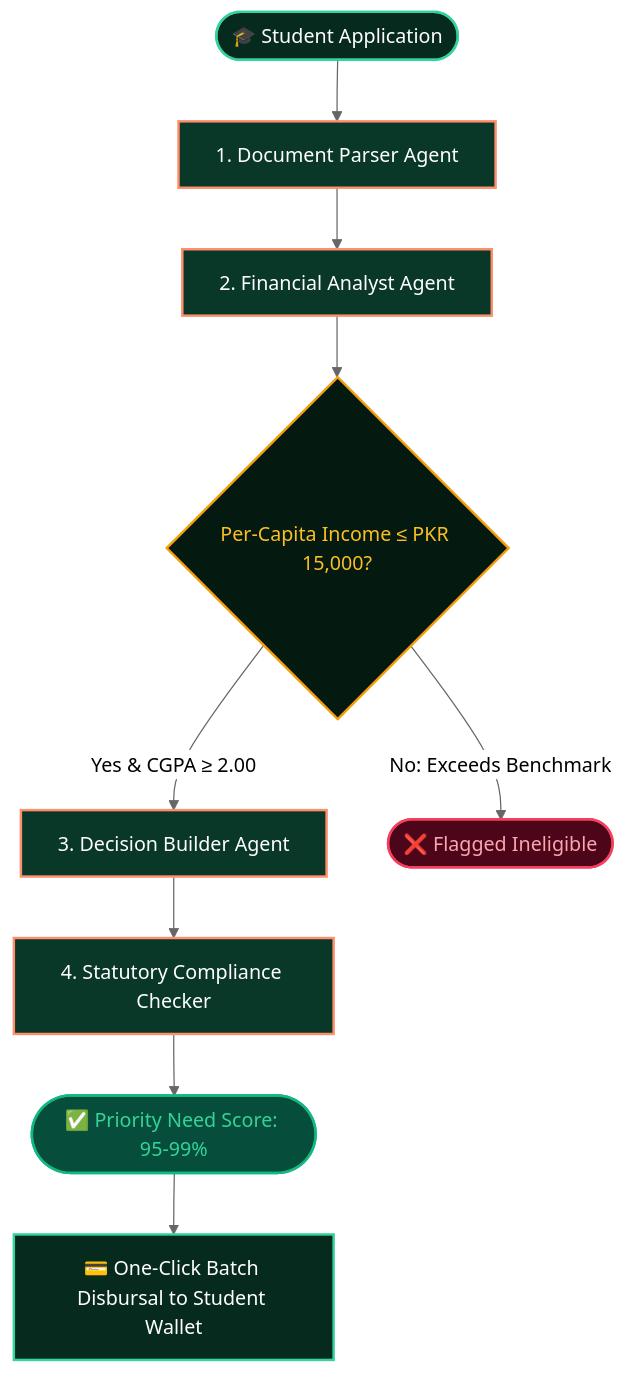
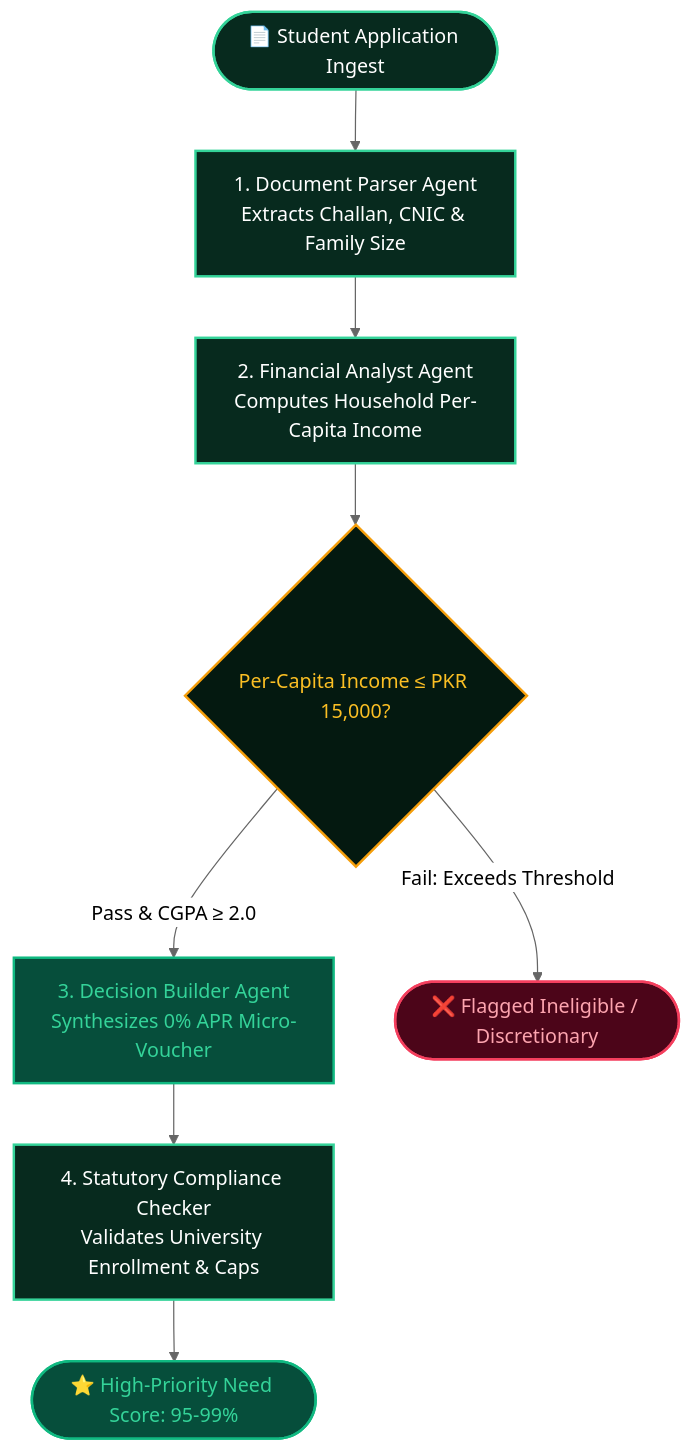
Before and after one commit to Faiq-Hassan/PennyRelief: the third of 3 diagrams in README.md, drawn with Mermaid (neutral theme). The commit also changed other lines of this file and 2 other files, not shown here.

Commit message:
docs: master GOAT-level README with mobile lifecycle graph, credentials table & clean landing page

````diff
--- a/README.md
+++ b/README.md
@@ -56,17 +213,17 @@
 ```mermaid
 flowchart TD
-    classDef startEnd fill:#072a1e,stroke:#34d399,stroke-width:2px,color:#fff;
-    classDef agent fill:#0a3828,stroke:#ff8f6b,stroke-width:2px,color:#fff;
+    classDef agent fill:#072a1e,stroke:#34d399,stroke-width:2px,color:#fff;
     classDef check fill:#041910,stroke:#f59e0b,stroke-width:2px,color:#fbbf24;
-    classDef approved fill:#064e3b,stroke:#10b981,stroke-width:2px,color:#34d399;
-    classDef declined fill:#4c0519,stroke:#f43f5e,stroke-width:2px,color:#fda4af;
+    classDef pass fill:#064e3b,stroke:#10b981,stroke-width:2px,color:#34d399;
+    classDef flag fill:#4c0519,stroke:#f43f5e,stroke-width:2px,color:#fda4af;
 
-    A([🎓 Student Application]):::startEnd --> B[1. Document Parser Agent]:::agent
-    B --> C[2. Financial Analyst Agent]:::agent
-    C --> D{Per-Capita Income ≤ PKR 15,000?}:::check
-    D -->|Yes & CGPA ≥ 2.00| E[3. Decision Builder Agent]:::agent
-    D -->|No: Exceeds Benchmark| F([❌ Flagged Ineligible]):::declined
-    E --> G[4. Statutory Compliance Checker]:::agent
-    G --> H([✅ Priority Need Score: 95-99%]):::approved
-    H --> I[💳 One-Click Batch Disbursal to Student Wallet]:::startEnd
+    In([📄 Student Application Ingest]):::agent --> A1[1. Document Parser Agent<br/>Extracts Challan, CNIC & Family Size]:::agent
+    A1 --> A2[2. Financial Analyst Agent<br/>Computes Household Per-Capita Income]:::agent
+    A2 --> D1{Per-Capita Income ≤ PKR 15,000?}:::check
+
+    D1 -->|Pass & CGPA ≥ 2.0| A3[3. Decision Builder Agent<br/>Synthesizes 0% APR Micro-Voucher]:::pass
+    D1 -->|Fail: Exceeds Threshold| F1([❌ Flagged Ineligible / Discretionary]):::flag
+
+    A3 --> A4[4. Statutory Compliance Checker<br/>Validates University Enrollment & Caps]:::agent
+    A4 --> Out([⭐ High-Priority Need Score: 95-99%]):::pass
 ```
````
